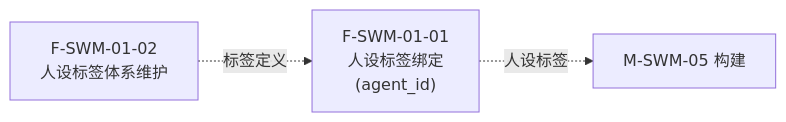
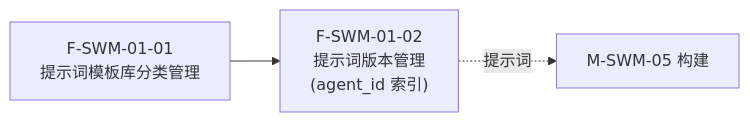
One commit to Sj-g/obsidian changed diagram 23 of 49 in 公司项目/认知作战/文档/软件概要设计-架构图.md. Above: the diagram before and after it, drawn with Mermaid. The commit also changed other lines of this file and 9 other files, not shown here.

````diff
--- a/公司项目/认知作战/文档/软件概要设计-架构图.md
+++ b/公司项目/认知作战/文档/软件概要设计-架构图.md
@@ -475,8 +473,8 @@
 ```mermaid
 flowchart LR
-    F0101["F-SWM-01-01<br/>人设标签绑定<br/>(agent_id)"]
-    F0102["F-SWM-01-02<br/>人设标签体系维护"]
+    F0101["F-SWM-01-01<br/>提示词模板库分类管理"]
+    F0102["F-SWM-01-02<br/>提示词版本管理<br/>(agent_id 索引)"]
 
-    F0102 -.->|"标签定义"| F0101
-    F0101 -.->|"人设标签"| EXT["M-SWM-05 构建"]
+    F0101 --> F0102
+    F0102 -.->|"提示词"| EXT["M-SWM-05 构建"]
 ```
````
